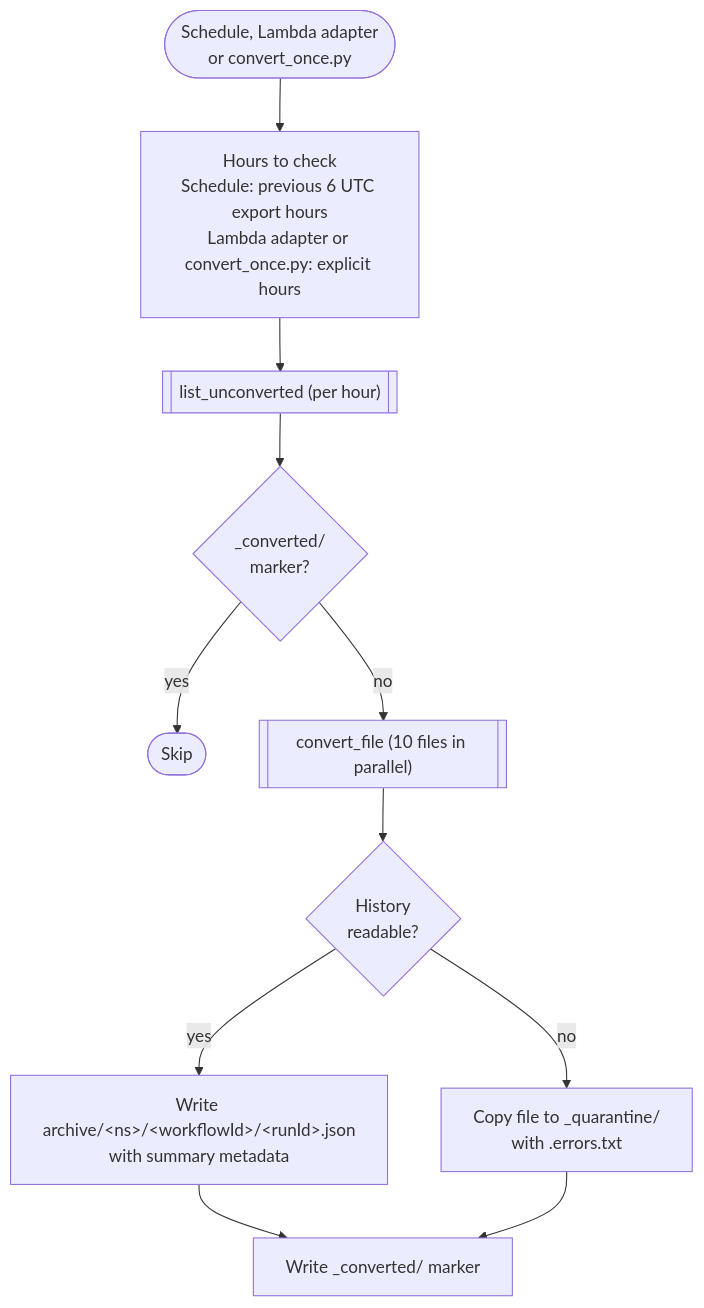
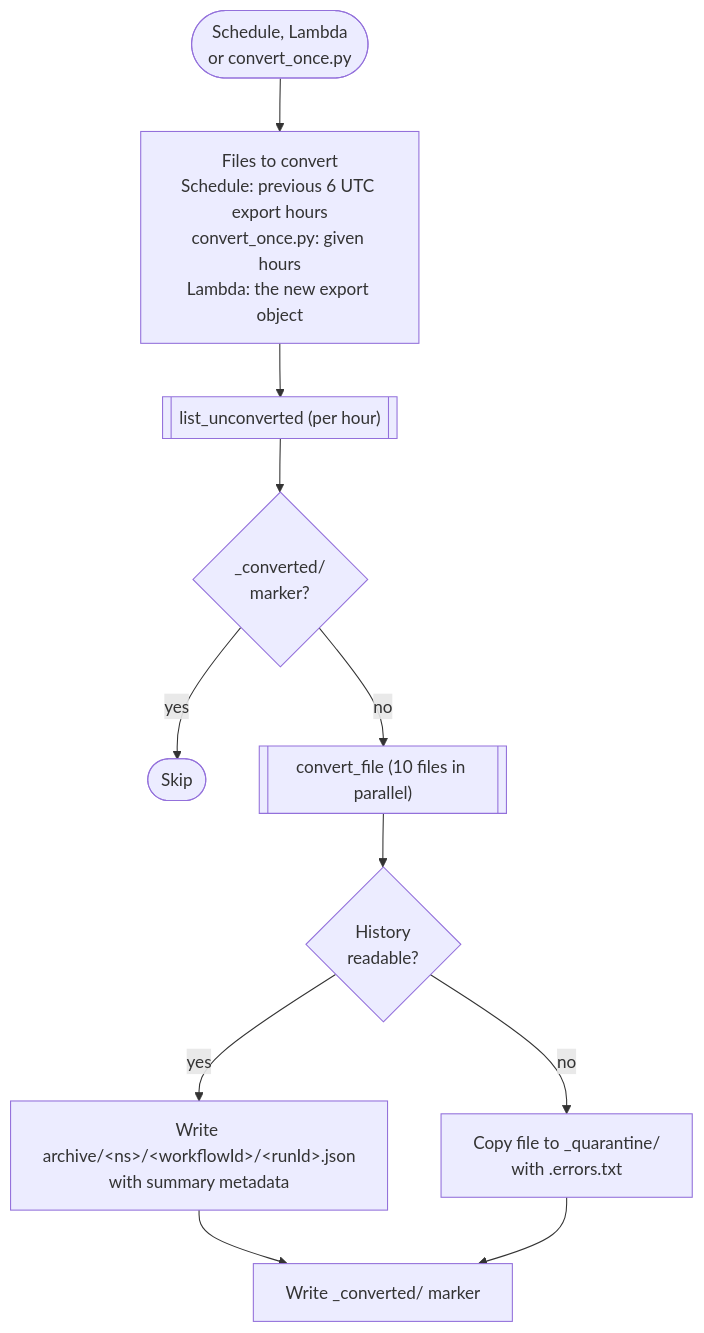
The second of 4 diagrams in s3-archive/README.md (technoidentity-kuncha/temporal-cloud-elk-kit), drawn with Mermaid before and after one commit. The commit also changed other lines of this file and 3 other files, not shown here.

````diff
--- a/s3-archive/README.md
+++ b/s3-archive/README.md
@@ -64,13 +64,13 @@
 ```mermaid
 flowchart TD
-  Start(["Schedule, Lambda adapter<br/>or convert_once.py"]) --> H["Hours to check<br/>Schedule: previous 6 UTC export hours<br/>Lambda adapter or convert_once.py: explicit hours"]
+  Start(["Schedule, Lambda<br/>or convert_once.py"]) --> H["Files to convert<br/>Schedule: previous 6 UTC export hours<br/>convert_once.py: given hours<br/>Lambda: the new export object"]
   H --> L[["list_unconverted (per hour)"]]
   L --> D1{"_converted/<br/>marker?"}
   D1 -- yes --> Skip([Skip])
   D1 -- no --> C[["convert_file (10 files in parallel)"]]
   C --> D2{"History<br/>readable?"}
   D2 -- yes --> Put["Write archive/&lt;ns&gt;/&lt;workflowId&gt;/&lt;runId&gt;.json<br/>with summary metadata"]
   D2 -- no --> Q["Copy file to _quarantine/<br/>with .errors.txt"]
   Put --> M["Write _converted/ marker"]
   Q --> M
 ```
````
